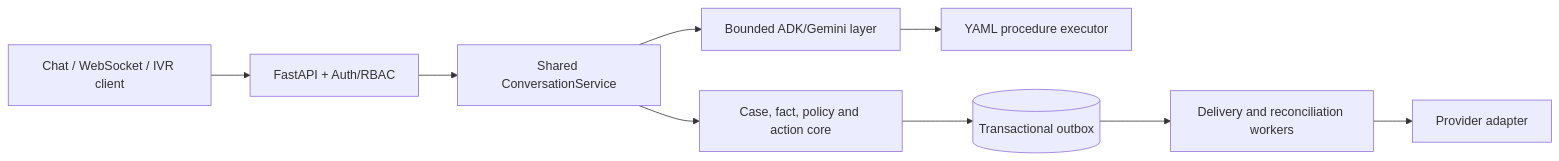
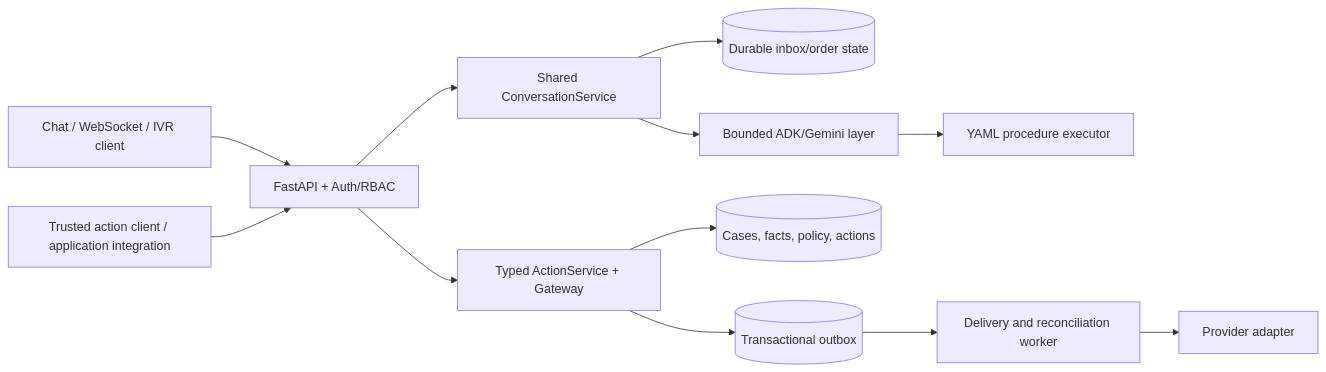
Before and after one commit to spkc83/llm-powered-workflow-engine: the diagram in README.md, drawn with Mermaid. The commit also changed other lines of this file and 2 other files, not shown here.

Commit message:
Clarify conversation and action architecture

````diff
--- a/README.md
+++ b/README.md
@@ -32,21 +32,27 @@
 ```mermaid
 flowchart LR
     Client[Chat / WebSocket / IVR client]
+    Trusted[Trusted action client / application integration]
     API[FastAPI + Auth/RBAC]
     Conversation[Shared ConversationService]
+    Inbox[(Durable inbox/order state)]
     ADK[Bounded ADK/Gemini layer]
     Procedure[YAML procedure executor]
-    Core[Case, fact, policy and action core]
+    Action[Typed ActionService + Gateway]
+    Core[(Cases, facts, policy, actions)]
     Outbox[(Transactional outbox)]
-    Worker[Delivery and reconciliation workers]
+    Worker[Delivery and reconciliation worker]
     Provider[Provider adapter]
 
     Client --> API
     API --> Conversation
+    Conversation --> Inbox
     Conversation --> ADK
     ADK --> Procedure
-    Conversation --> Core
-    Core --> Outbox
+    Trusted --> API
+    API --> Action
+    Action --> Core
+    Action --> Outbox
     Outbox --> Worker
     Worker --> Provider
 ```
````
